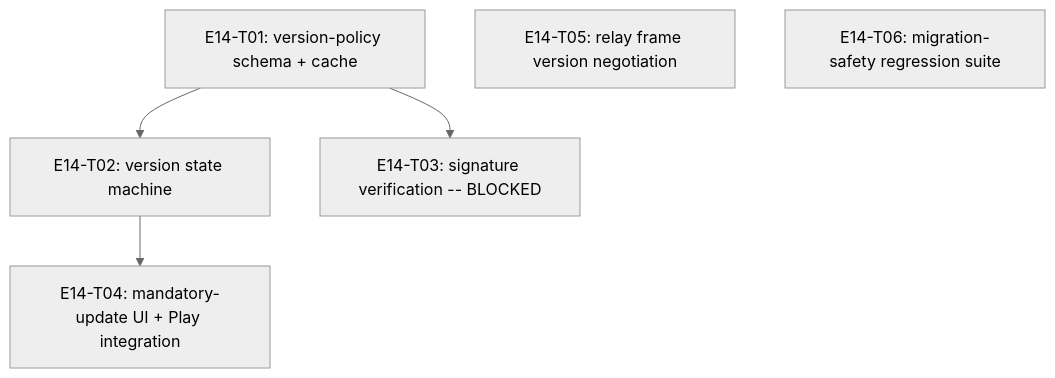
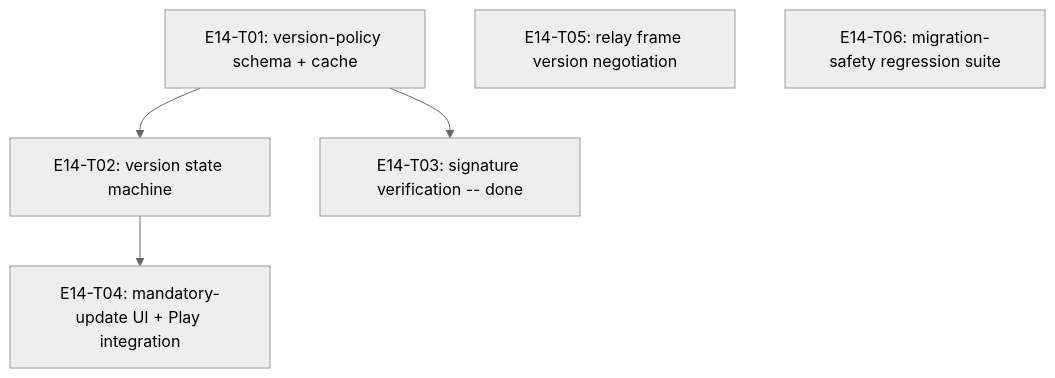
One commit to SHAJED99/nexora changed the diagram in epics/E14-version-management/tracker.md. Above: the diagram before and after it, drawn with Mermaid (neutral theme). The commit also changed other lines of this file and 1 other file, not shown here.

Commit message:
docs(E14): mark epic done — E14-T03 shipped, 6/6 tasks + 8/8 bugs closed

````diff
--- a/epics/E14-version-management/tracker.md
+++ b/epics/E14-version-management/tracker.md
@@ -43,13 +47,13 @@
 ```mermaid
 graph TD
   T01[E14-T01: version-policy schema + cache]
   T02[E14-T02: version state machine]
-  T03[E14-T03: signature verification -- BLOCKED]
+  T03[E14-T03: signature verification -- done]
   T04[E14-T04: mandatory-update UI + Play integration]
   T05[E14-T05: relay frame version negotiation]
   T06[E14-T06: migration-safety regression suite]
 
   T01 --> T02
   T01 --> T03
   T02 --> T04
 ```
````
